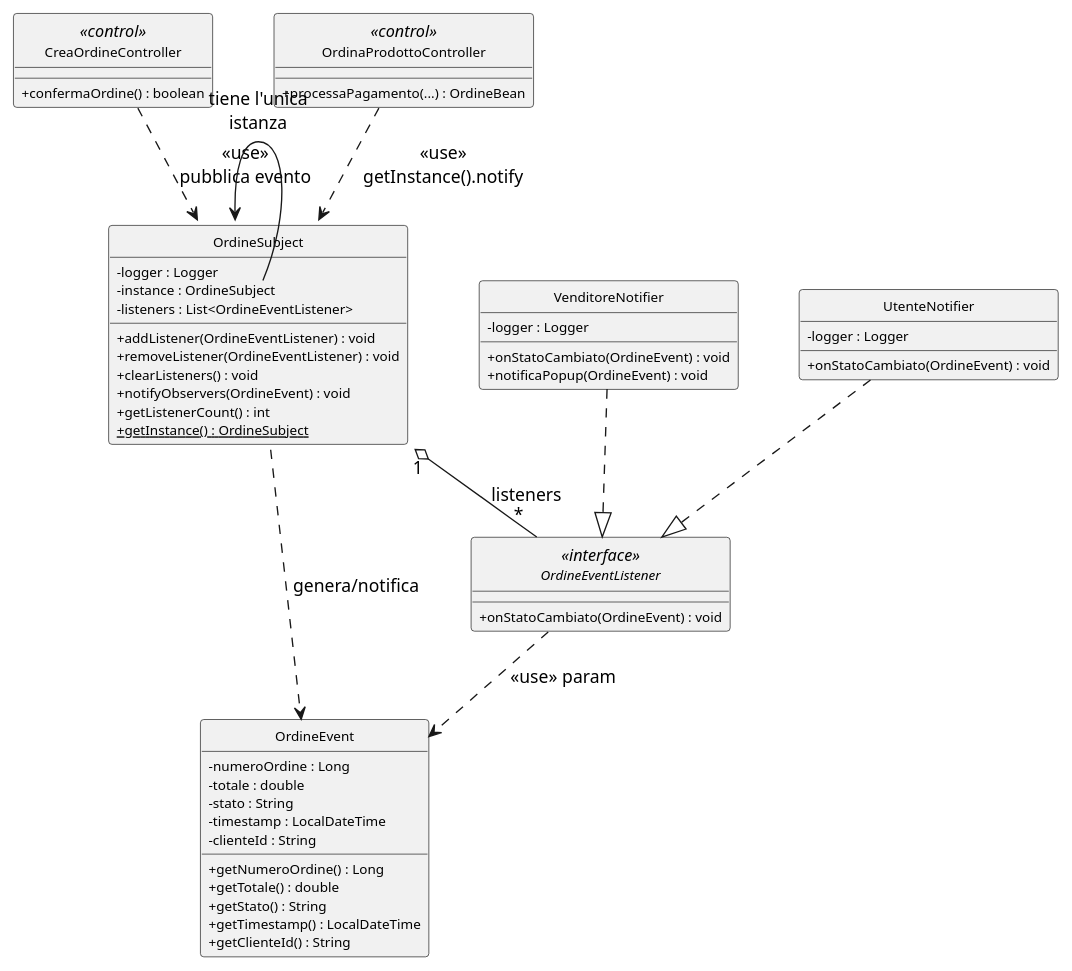
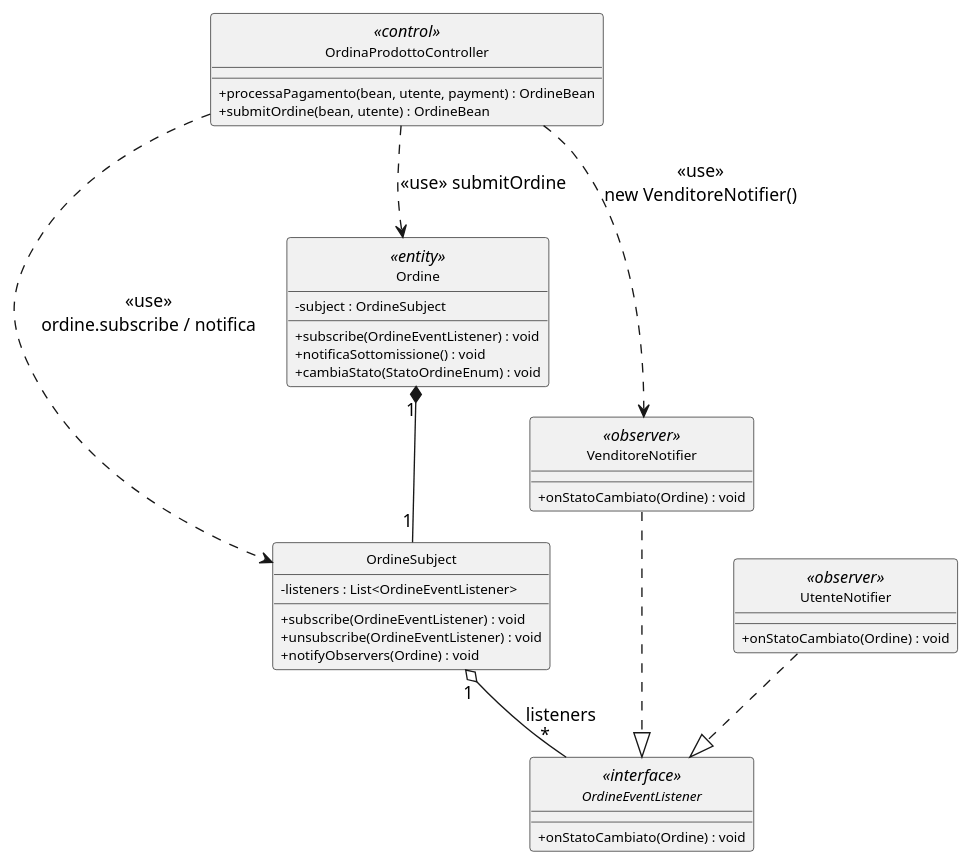
The diagram in docs/relazione_italiana/figures/dl_observer.puml (Damiano-o/test), drawn with PlantUML before and after one commit. The commit also changed 2 other files, not shown here.

Commit message:
fix(docs/Observer): riscritto come Observer GoF classico Push (fedele al codice: niente OrdineEvent/singleton; Ordine->OrdineSubject composizione, listener realizzano interfaccia) — confermato da NotebookLM

```diff
--- a/docs/relazione_italiana/figures/dl_observer.puml
+++ b/docs/relazione_italiana/figures/dl_observer.puml
@@ -1,87 +1,70 @@
 @startuml
 skinparam style strictuml
 skinparam classAttributeIconSize 0
 skinparam nodesep 45
 skinparam ranksep 45
 skinparam classFontSize 11
 skinparam classAttributeFontSize 10
 top to bottom direction
 
 ' ============================================================
-' Design-level — Pattern Observer (notifica cambio stato Ordine)
-' Stile event-driven (come il progetto di riferimento):
-' OrdineEvent + OrdineEventListener + OrdineSubject (publisher con
-' listeners) + observer concreti (VenditoreNotifier, UtenteNotifier).
+' Design-level — Pattern Observer (GoF classico, variante Push)
+' Notifica del cambio stato dell'Ordine. Niente classi evento:
+' la notifica passa l'oggetto di dominio Ordine stesso.
+' Fedele al codice reale (tracciabilità): OrdineSubject NON è singleton.
 ' ============================================================
 
-' ---------- Evento (dati del cambio stato) ----------
-class "OrdineEvent" {
-  - numeroOrdine : Long
-  - totale : double
-  - stato : String
-  - timestamp : LocalDateTime
-  - clienteId : String
-  + getNumeroOrdine() : Long
-  + getTotale() : double
-  + getStato() : String
-  + getTimestamp() : LocalDateTime
-  + getClienteId() : String
+' ---------- Controller (istanzia e registra l'osservatore) ----------
+class "OrdinaProdottoController" as CTL <<control>> {
+  + processaPagamento(bean, utente, payment) : OrdineBean
+  + submitOrdine(bean, utente) : OrdineBean
 }
 
-' ---------- Interfaccia listener ----------
-interface "OrdineEventListener" <<interface>> {
-  + onStatoCambiato(OrdineEvent) : void
+' ---------- Subject concreto ----------
+class "OrdineSubject" {
+  - listeners : List<OrdineEventListener>
+  + subscribe(OrdineEventListener) : void
+  + unsubscribe(OrdineEventListener) : void
+  + notifyObservers(Ordine) : void
 }
 
-' ---------- Publisher (Subject) ----------
-class "OrdineSubject" {
-  - logger : Logger
-  - instance : OrdineSubject
-  - listeners : List<OrdineEventListener>
-  + addListener(OrdineEventListener) : void
-  + removeListener(OrdineEventListener) : void
-  + clearListeners() : void
-  + notifyObservers(OrdineEvent) : void
-  + getListenerCount() : int
-  {static} + getInstance() : OrdineSubject
+' ---------- Entity (Subject host) ----------
+class "Ordine" <<entity>> {
+  - subject : OrdineSubject
+  + subscribe(OrdineEventListener) : void
+  + notificaSottomissione() : void
+  + cambiaStato(StatoOrdineEnum) : void
 }
 
-' ---------- Controller (pubblica l'evento) ----------
-class "CreaOrdineController" as CTL <<control>> {
-  + confermaOrdine() : boolean
-}
-class "OrdinaProdottoController" as OPC <<control>> {
-  + processaPagamento(...) : OrdineBean
+' ---------- Observer astratto ----------
+interface "OrdineEventListener" <<interface>> {
+  + onStatoCambiato(Ordine) : void
 }
 
 ' ---------- Observer concreti ----------
-class "VenditoreNotifier" {
-  - logger : Logger
-  + onStatoCambiato(OrdineEvent) : void
-  + notificaPopup(OrdineEvent) : void
+class "VenditoreNotifier" <<observer>> {
+  + onStatoCambiato(Ordine) : void
 }
-class "UtenteNotifier" {
-  - logger : Logger
-  + onStatoCambiato(OrdineEvent) : void
+class "UtenteNotifier" <<observer>> {
+  + onStatoCambiato(Ordine) : void
 }
 
 ' ============================================================
 ' Relazioni
 ' ============================================================
-' Publisher usa l'evento e notifica i listener
-OrdineSubject ..> OrdineEvent : genera/notifica
-OrdineEventListener ..> OrdineEvent : <<use>> param
+' Composizione: Ordine possiede il suo subject (rombo pieno, 1:1)
+Ordine "1" *-- "1" OrdineSubject
+
+' Realizzazione: gli observer implementano l'interfaccia
+VenditoreNotifier ..|> OrdineEventListener
+UtenteNotifier    ..|> OrdineEventListener
+
+' Subject notifica i listener (aggregazione)
 OrdineSubject "1" o-- "*" OrdineEventListener : listeners
 
-' interfaccia realizzata dagli observer concreti
-VenditoreNotifier ..|> OrdineEventListener
-UtenteNotifier ..|> OrdineEventListener
-
-' controller pubblica l'evento via publisher
-OPC ..> OrdineSubject : <<use>>\ngetInstance().notify
-CTL ..> OrdineSubject : <<use>>\npubblica evento
-
-' il publisher è un singleton: una sola istanza
-OrdineSubject::instance --> OrdineSubject : "tiene l'unica\nistanza"
+' Dipendenze del controller (<<use>>)
+CTL ..> Ordine : <<use>> submitOrdine
+CTL ..> OrdineSubject : <<use>>\nordine.subscribe / notifica
+CTL ..> VenditoreNotifier : <<use>>\nnew VenditoreNotifier()
 
 @enduml
```
